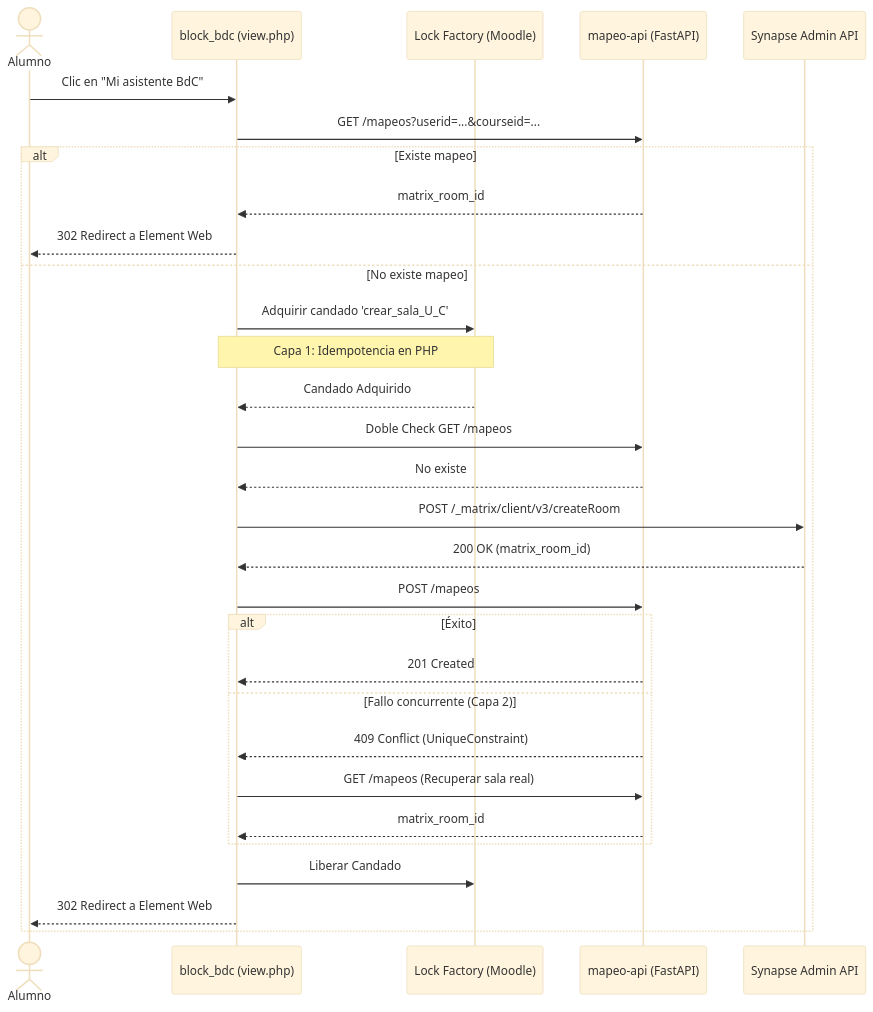
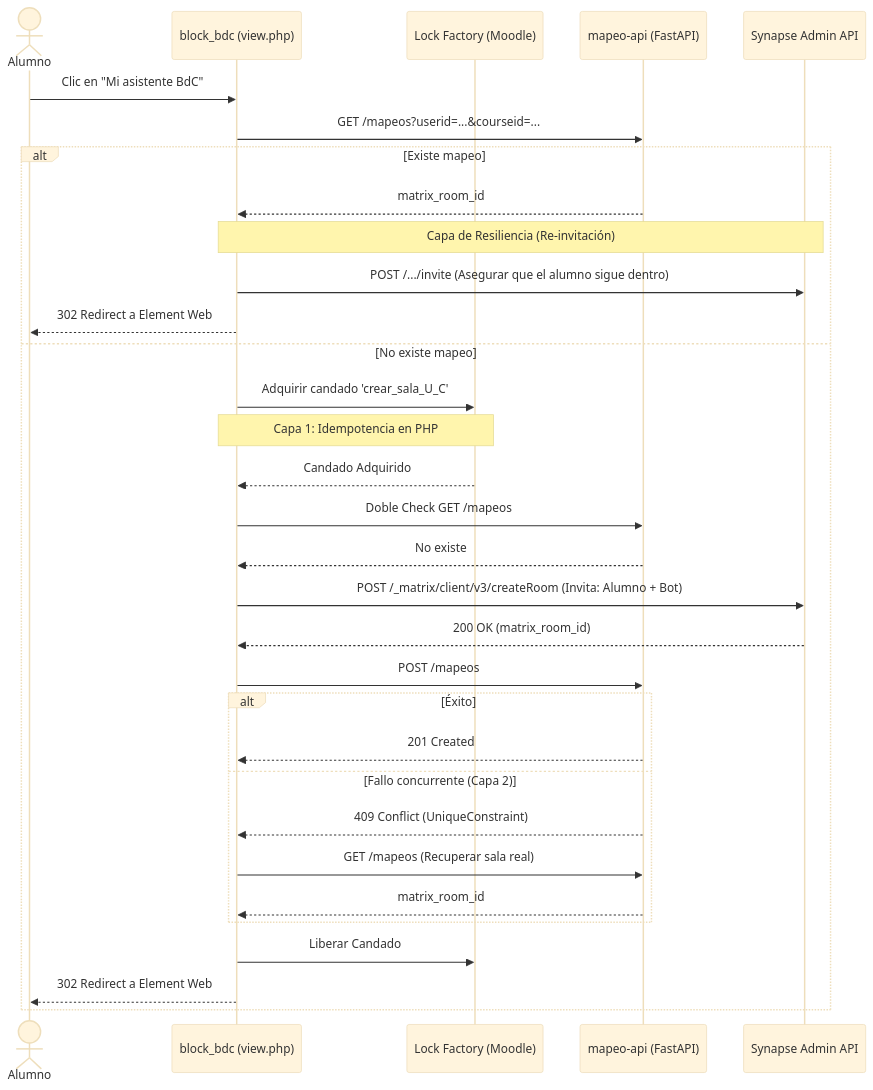
Before and after one commit to julia8873/llm-wiki-assistant: the diagram in docs/mapeo-alumno-fork.md, drawn with Mermaid (base theme). The commit also changed other lines of this file and 31 other files, not shown here.

````diff
--- a/docs/mapeo-alumno-fork.md
+++ b/docs/mapeo-alumno-fork.md
@@ -22,39 +22,41 @@
 ```mermaid
 sequenceDiagram
     actor Alumno
     participant Moodle as block_bdc (view.php)
     participant Lock as Lock Factory (Moodle)
     participant MapeoAPI as mapeo-api (FastAPI)
     participant Synapse as Synapse Admin API
 
     Alumno->>Moodle: Clic en "Mi asistente BdC"
     Moodle->>MapeoAPI: GET /mapeos?userid=...&courseid=...
     
     alt Existe mapeo
         MapeoAPI-->>Moodle: matrix_room_id
+        Note over Moodle, Synapse: Capa de Resiliencia (Re-invitación)
+        Moodle->>Synapse: POST /.../invite (Asegurar que el alumno sigue dentro)
         Moodle-->>Alumno: 302 Redirect a Element Web
     else No existe mapeo
         Moodle->>Lock: Adquirir candado 'crear_sala_U_C'
         Note over Moodle, Lock: Capa 1: Idempotencia en PHP
         Lock-->>Moodle: Candado Adquirido
         
         Moodle->>MapeoAPI: Doble Check GET /mapeos
         MapeoAPI-->>Moodle: No existe
         
-        Moodle->>Synapse: POST /_matrix/client/v3/createRoom
+        Moodle->>Synapse: POST /_matrix/client/v3/createRoom (Invita: Alumno + Bot)
         Synapse-->>Moodle: 200 OK (matrix_room_id)
         
         Moodle->>MapeoAPI: POST /mapeos
         
         alt Éxito
             MapeoAPI-->>Moodle: 201 Created
         else Fallo concurrente (Capa 2)
             MapeoAPI-->>Moodle: 409 Conflict (UniqueConstraint)
             Moodle->>MapeoAPI: GET /mapeos (Recuperar sala real)
             MapeoAPI-->>Moodle: matrix_room_id
         end
         
         Moodle->>Lock: Liberar Candado
         Moodle-->>Alumno: 302 Redirect a Element Web
     end
 ```
````
